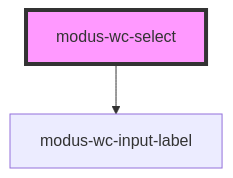
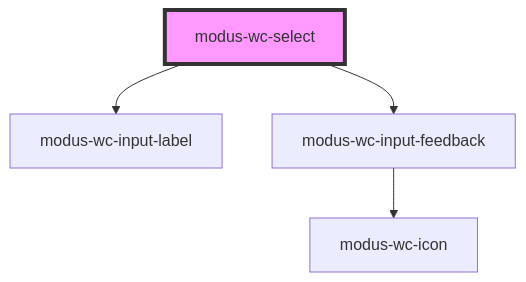
The diagram in src/components/modus-wc-select/readme.md (trimble-oss/modus-wc-2.0), drawn with Mermaid before and after one commit. The commit also changed other lines of this file and 43 other files, not shown here.

Commit message:
feat: add input-feedback to input components

````diff
--- a/src/components/modus-wc-select/readme.md
+++ b/src/components/modus-wc-select/readme.md
@@ -47,5 +49,7 @@
 ```mermaid
 graph TD;
   modus-wc-select --> modus-wc-input-label
+  modus-wc-select --> modus-wc-input-feedback
+  modus-wc-input-feedback --> modus-wc-icon
   style modus-wc-select fill:#f9f,stroke:#333,stroke-width:4px
 ```
````
